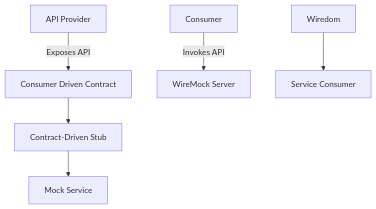
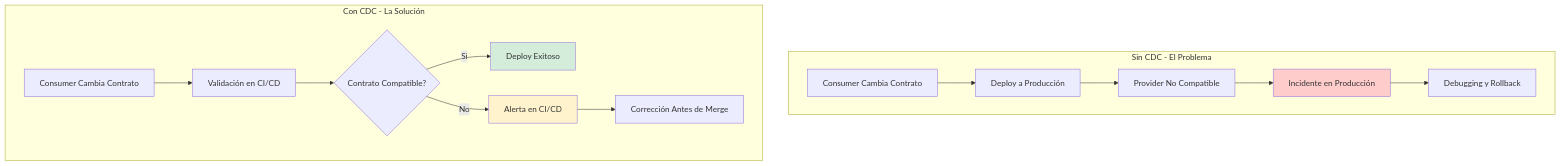
The first of 3 diagrams in _Review/testing_de_contratos_consumer_driven_contracts/testing_de_contratos_consumer_driven_contracts.md (Joaquinriosheredia/DAM-Java-Mastery), drawn with Mermaid before and after one commit. The commit also changed other lines of this file, not shown here.

Commit message:
testing de contratos consumer driven contracts

````diff
--- a/_Review/testing_de_contratos_consumer_driven_contracts/testing_de_contratos_consumer_driven_contracts.md
+++ b/_Review/testing_de_contratos_consumer_driven_contracts/testing_de_contratos_consumer_driven_contracts.md
@@ -46,8 +69,21 @@
 ```mermaid
 graph TD
-    A[API Provider] -->|Exposes API| B[Consumer Driven Contract]
-    B --> C[Contract-Driven Stub]
-    C --> D[Mock Service]
-    E[Consumer] -->|Invokes API| F[WireMock Server]
-    G[Wiredom] --> H[Service Consumer]
+    subgraph "Sin CDC - El Problema"
+        A[Consumer Cambia Contrato] --> B[Deploy a Producción]
+        B --> C[Provider No Compatible]
+        C --> D[Incidente en Producción]
+        D --> E[Debugging y Rollback]
+    end
+    
+    subgraph "Con CDC - La Solución"
+        F[Consumer Cambia Contrato] --> G[Validación en CI/CD]
+        G --> H{Contrato Compatible?}
+        H -->|Sí| I[Deploy Exitoso]
+        H -->|No| J[Alerta en CI/CD]
+        J --> K[Corrección Antes de Merge]
+    end
+    
+    style D fill:#ffcccc
+    style J fill:#fff3cd
+    style I fill:#d4edda
 ```
````
